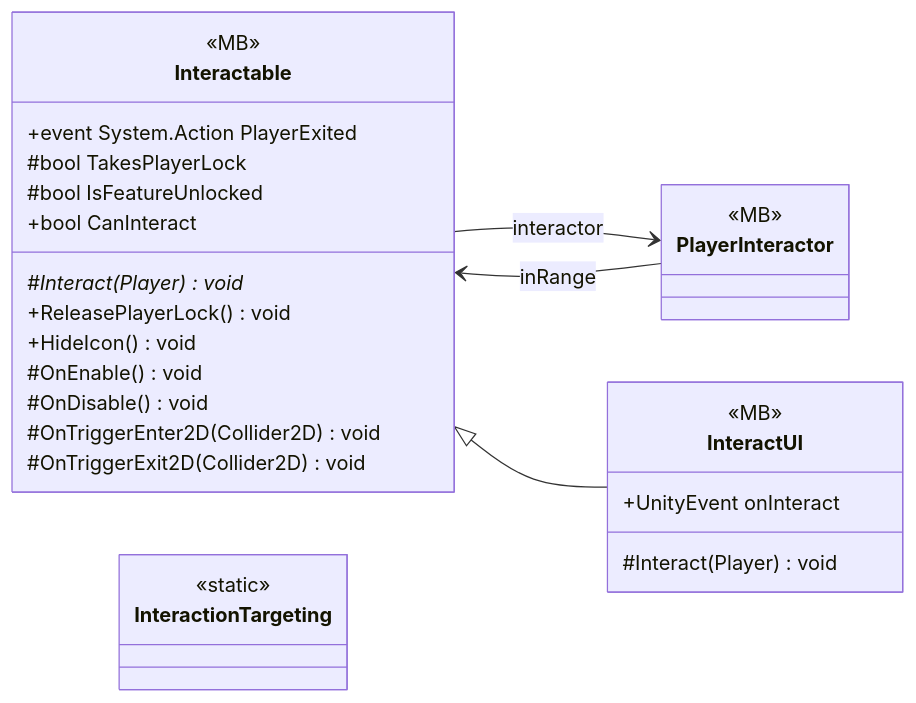
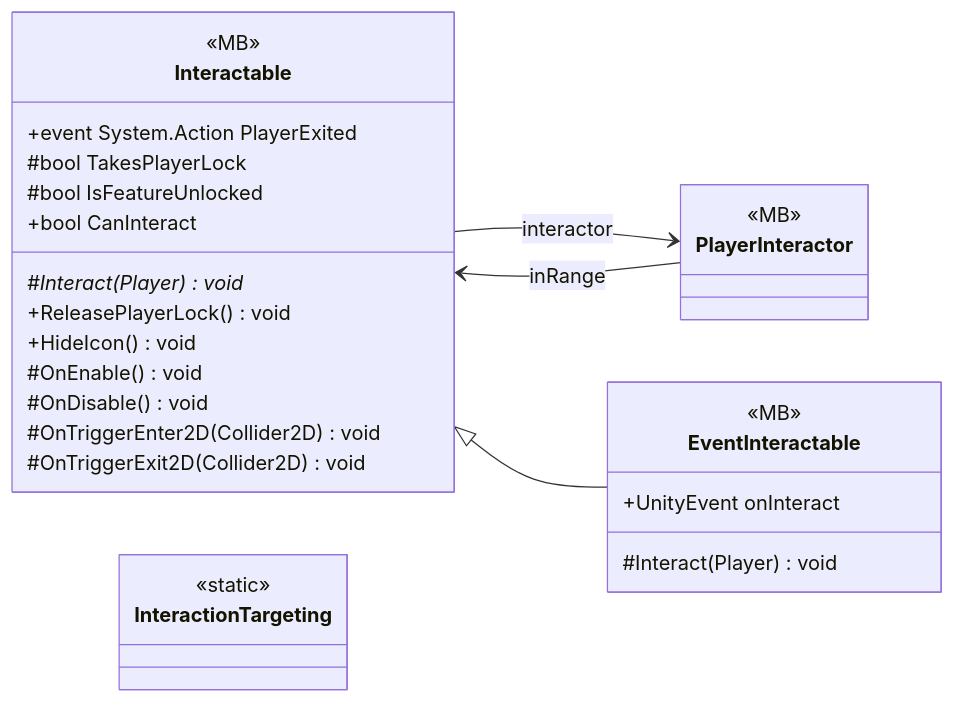
Before and after one commit to PhumipatWave/project-ocean: the diagram in docs/uml/modules/Gameplay_Interaction.md, drawn with Mermaid. The commit also changed other lines of this file and 346 other files, not shown here.

````diff
--- a/docs/uml/modules/Gameplay_Interaction.md
+++ b/docs/uml/modules/Gameplay_Interaction.md
@@ -7,33 +7,33 @@
 ```mermaid
 classDiagram
   direction LR
+  class EventInteractable {
+    <<MB>>
+    +UnityEvent onInteract
+    #Interact(Player) void
+  }
   class Interactable {
     <<MB>>
     <<abstract>>
     +event System.Action PlayerExited
     #bool TakesPlayerLock
     #bool IsFeatureUnlocked
     +bool CanInteract
     #Interact(Player)* void
     +ReleasePlayerLock() void
     +HideIcon() void
     #OnEnable() void
     #OnDisable() void
     #OnTriggerEnter2D(Collider2D) void
     #OnTriggerExit2D(Collider2D) void
   }
   class InteractionTargeting {
     <<static>>
   }
-  class InteractUI {
-    <<MB>>
-    +UnityEvent onInteract
-    #Interact(Player) void
-  }
   class PlayerInteractor {
     <<MB>>
   }
   Interactable --> PlayerInteractor : interactor
-  Interactable <|-- InteractUI
+  Interactable <|-- EventInteractable
   PlayerInteractor --> Interactable : inRange
 ```
````
